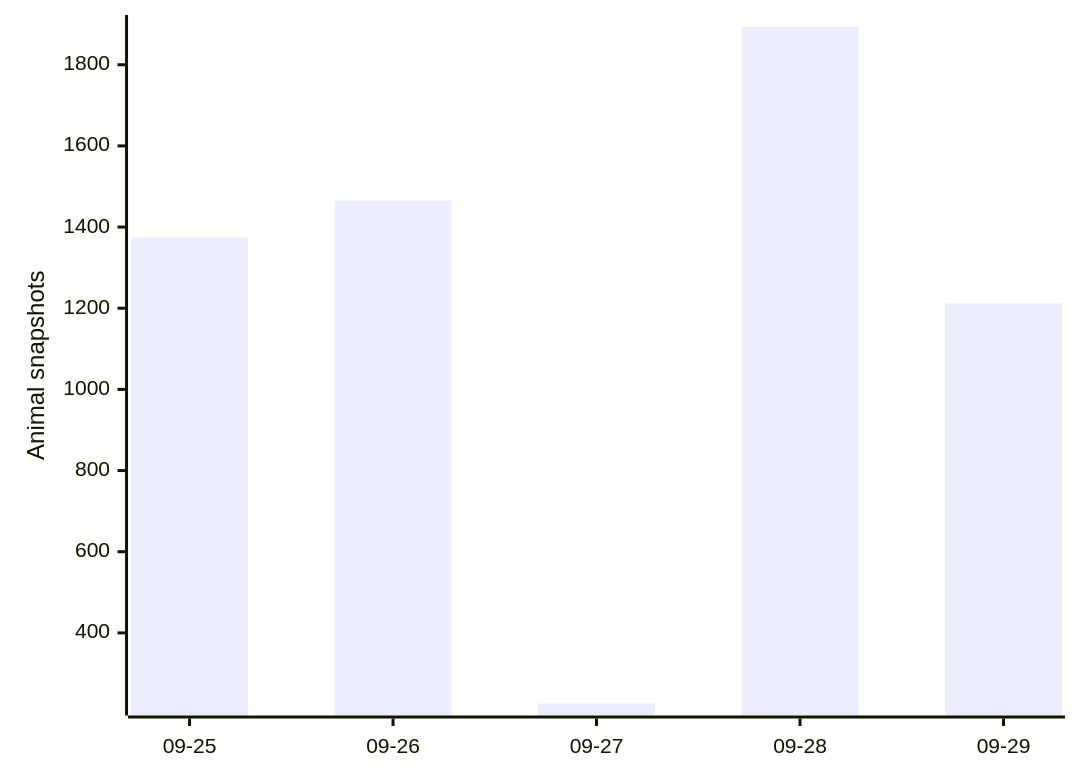
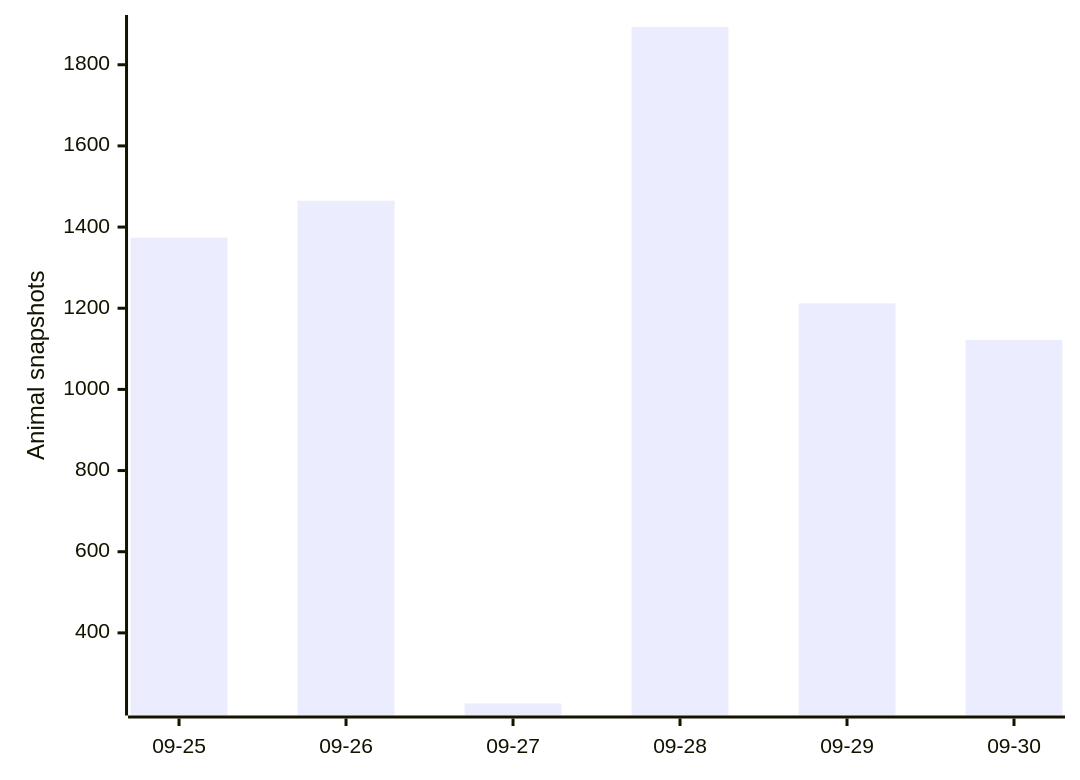
Before and after one commit to joshuafrommeyer-35/PierTracker: the first of 3 diagrams in README.md, drawn with Mermaid. The commit also changed other lines of this file and 7 other files, not shown here.

````diff
--- a/README.md
+++ b/README.md
@@ -117,6 +124,6 @@
 ```mermaid
 xychart-beta
-    x-axis ["09-25", "09-26", "09-27", "09-28", "09-29"]
+    x-axis ["09-25", "09-26", "09-27", "09-28", "09-29", "09-30"]
     y-axis "Animal snapshots"
-    bar [1374, 1465, 226, 1893, 1212]
+    bar [1374, 1465, 226, 1893, 1212, 1122]
 ```
````
